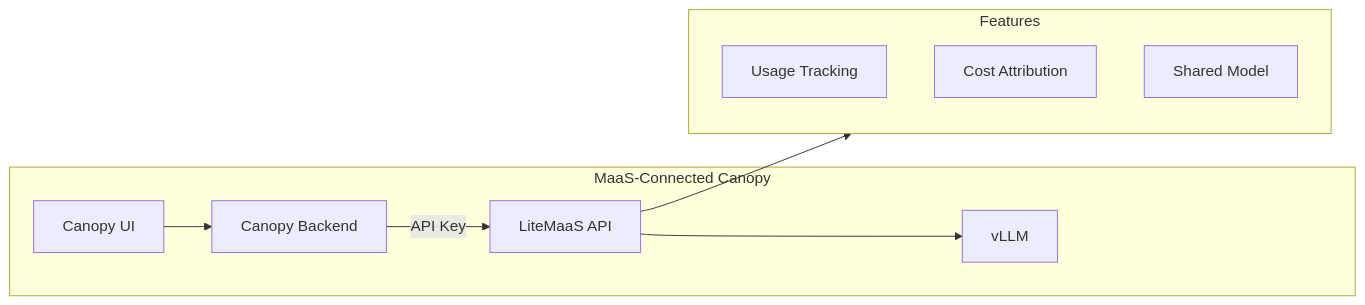
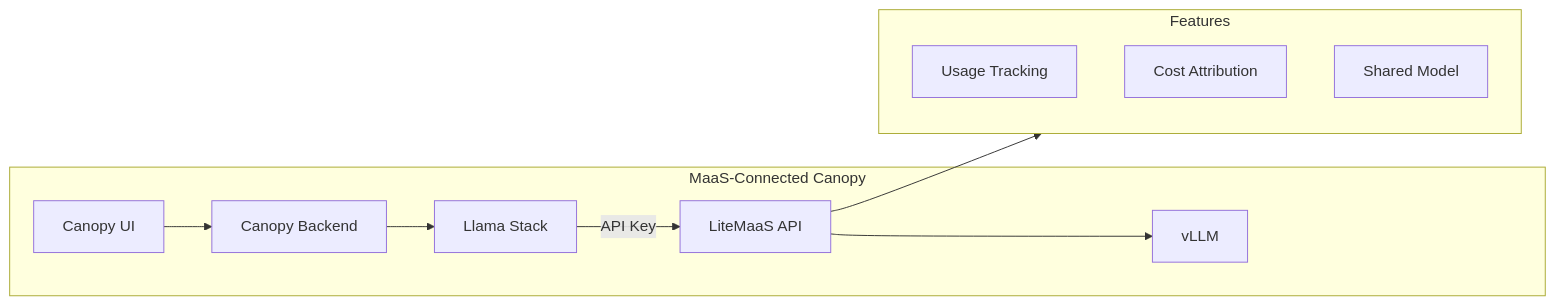
Before and after one commit to vladi-rh/rhoai-genaiops-lab-instructions: the second of 3 diagrams in docs/11-maas/6-canopy-integration.md, drawn with Mermaid. The commit also changed other lines of this file and 6 other files, not shown here.

````diff
--- a/docs/11-maas/6-canopy-integration.md
+++ b/docs/11-maas/6-canopy-integration.md
@@ -38,14 +38,15 @@
 ```mermaid
 flowchart LR
     subgraph MaaSCanopy["MaaS-Connected Canopy"]
         UI[Canopy UI] --> BE[Canopy Backend]
-        BE -->|API Key| MAAS[LiteMaaS API]
+        BE --> LS[Llama Stack]
+        LS[Llama Stack] -->|API Key| MAAS[LiteMaaS API]
         MAAS --> VLLM[vLLM]
     end
     subgraph Features
         TRACK[Usage Tracking]
         COST[Cost Attribution]
         SHARED[Shared Model]
     end
     MAAS --> Features
 ```
````
